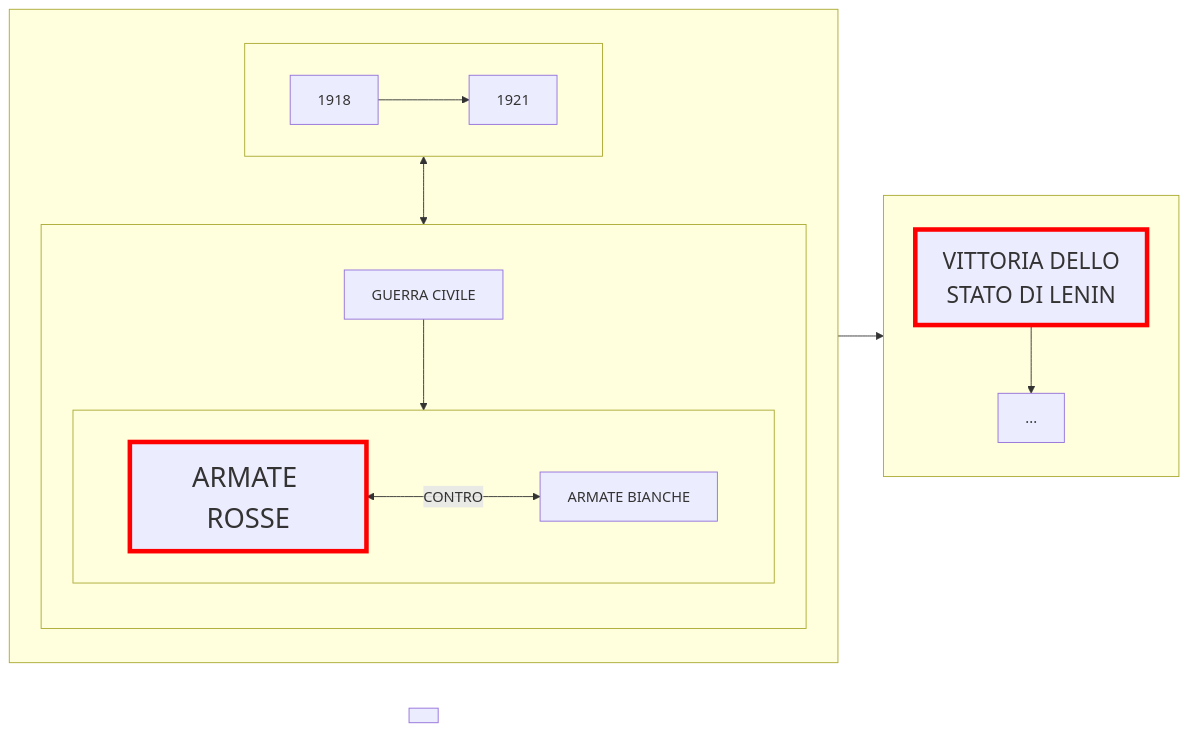
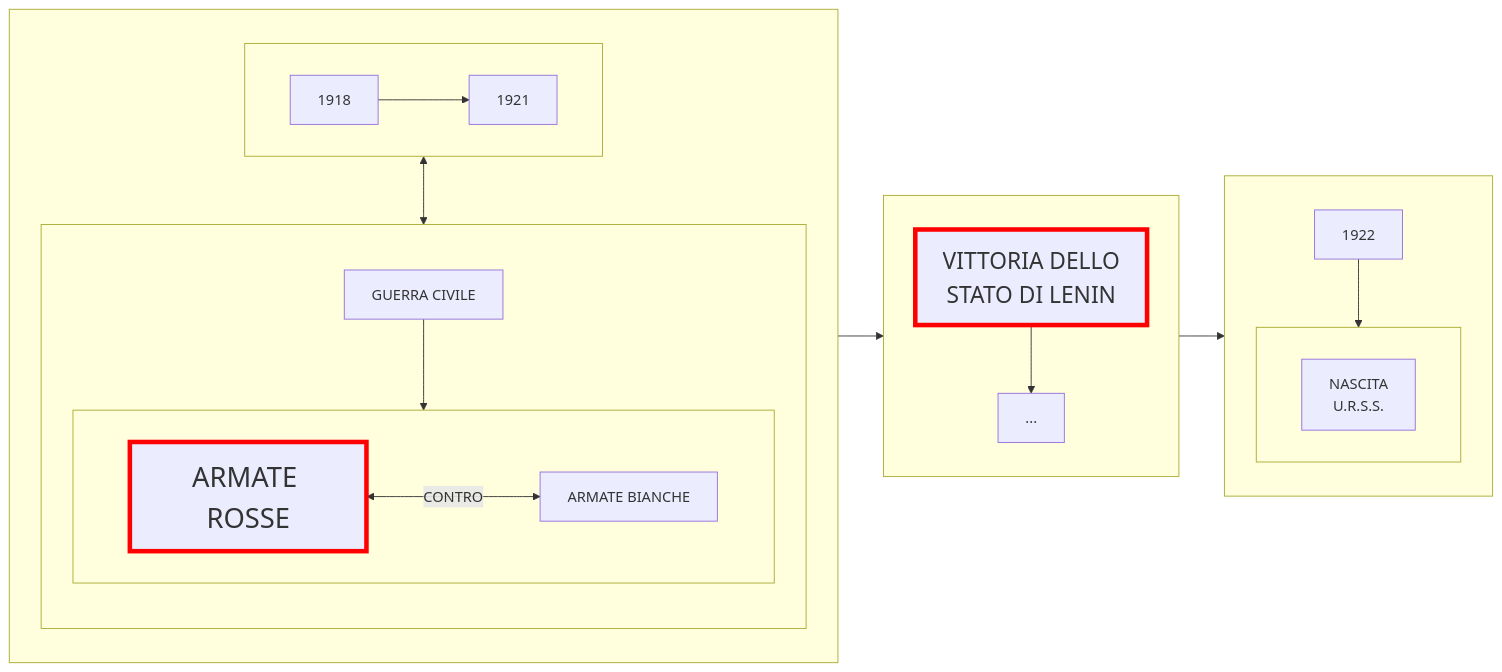
The diagram in prova.md (Laaouatni/ricerca-storia-MermaidJS), drawn with Mermaid before and after one commit.

````diff
--- a/prova.md
+++ b/prova.md
@@ -1,38 +1,44 @@
 ```mermaid
 flowchart LR;
     subgraph 0[" "]
         direction TB;
         subgraph 01[" "]
             direction LR;
             010[1918]
             011[1921]
             010 --> 011
         end
         01 <--> 02
 
         subgraph 02[" "]
             direction TB;
             020[GUERRA CIVILE]
             subgraph 021[" "]
                 direction LR;
                 0210[ARMATE ROSSE]
                 style 0210 stroke:#ff0000,stroke-width:5px, font-size:30px;
                 0211[ARMATE BIANCHE]
                 0210 <-->|CONTRO| 0211
             end
             020 --> 021
         end
     end
 
     subgraph 030[" "]
         1[VITTORIA DELLO <BR> STATO DI LENIN]
         10[...]
         1 --> 10
         style 1 stroke:#ff0000,stroke-width:5px, font-size:25px;
     end
     0 --> 030
 
+    030 --> 2
+
     subgraph 2[" "]
-      
+      20[1922]
+      subgraph 200[" "]
+        2000[NASCITA <br> U.R.S.S.]
+      end
+      20 --> 200
     end
 ```
````
